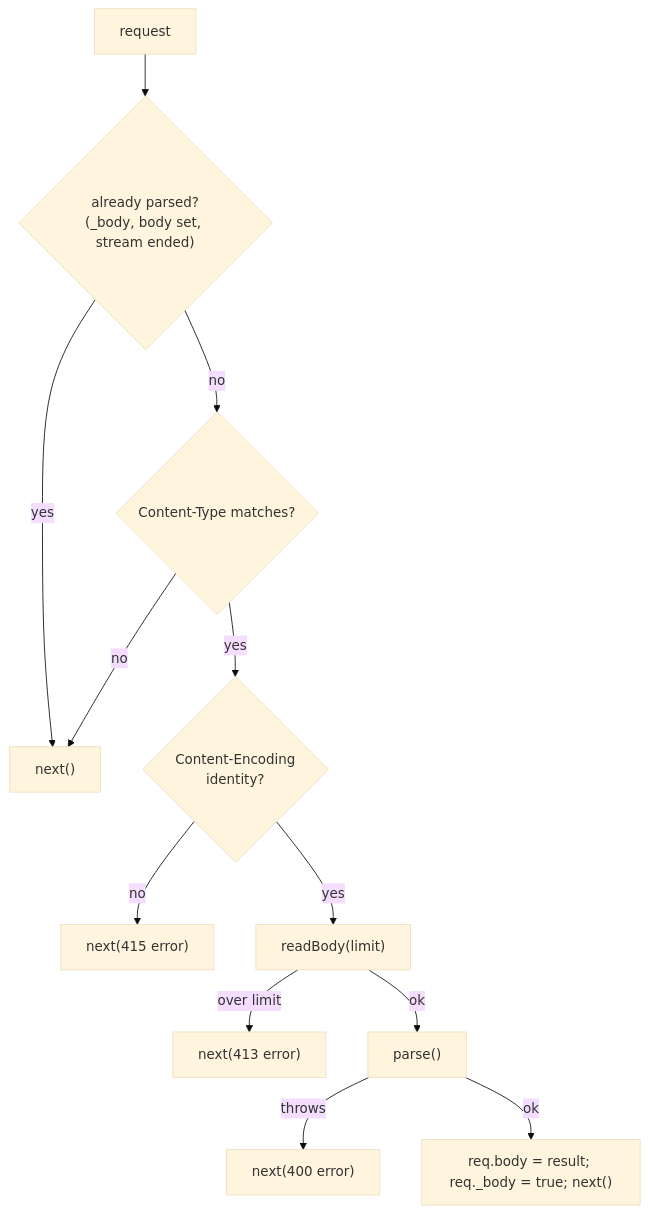
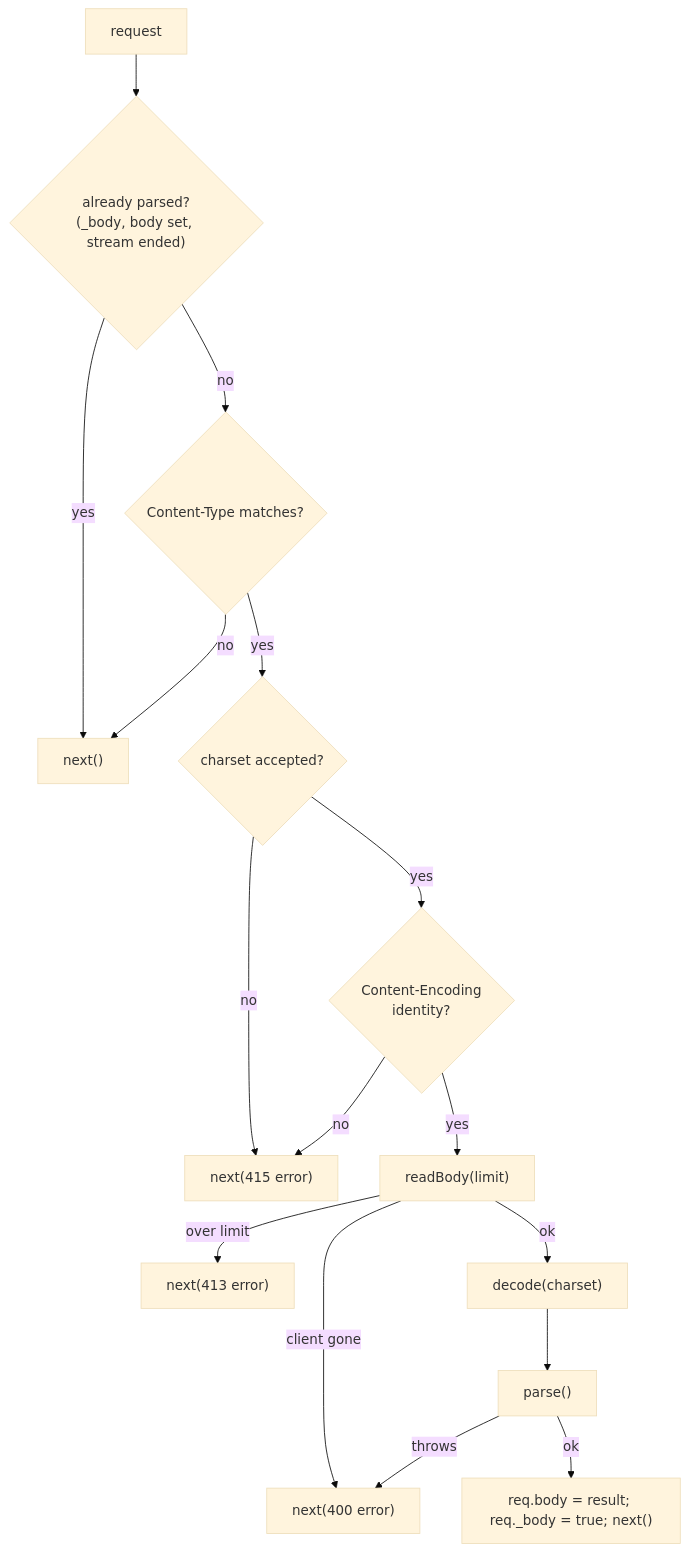
The seventh of 7 diagrams in docs/ARCHITECTURE.md (HlufD/pype), drawn with Mermaid (base theme) before and after one commit. The commit also changed other lines of this file and 11 other files, not shown here.

````diff
--- a/docs/ARCHITECTURE.md
+++ b/docs/ARCHITECTURE.md
@@ -544,14 +556,18 @@
 ```mermaid
 flowchart TB
     A["request"] --> B{"already parsed?<br/>(_body, body set, stream ended)"}
     B -- yes --> Z["next()"]
     B -- no --> C{"Content-Type matches?"}
     C -- no --> Z
-    C -- yes --> D{"Content-Encoding<br/>identity?"}
-    D -- no --> E["next(415 error)"]
+    C -- yes --> K{"charset accepted?"}
+    K -- no --> E["next(415 error)"]
+    K -- yes --> D{"Content-Encoding<br/>identity?"}
+    D -- no --> E
     D -- yes --> F["readBody(limit)"]
     F -- "over limit" --> G["next(413 error)"]
-    F -- ok --> H["parse()"]
+    F -- "client gone" --> I
+    F -- ok --> L["decode(charset)"]
+    L --> H["parse()"]
     H -- throws --> I["next(400 error)"]
     H -- ok --> J["req.body = result; req._body = true; next()"]
 ```
````
